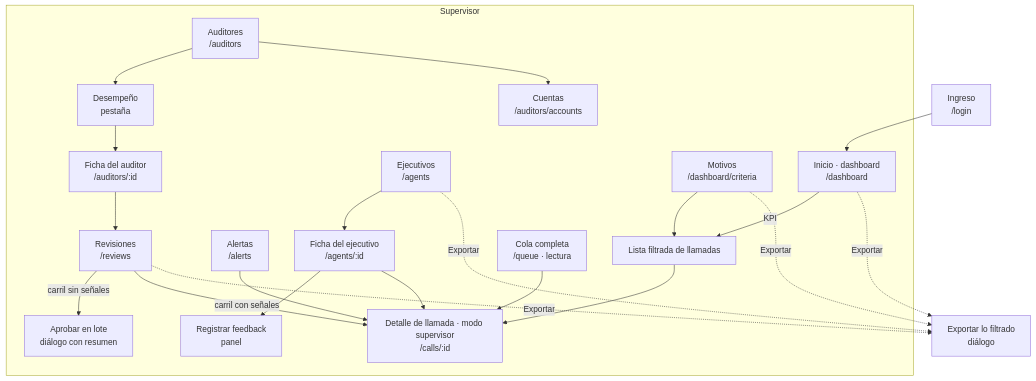
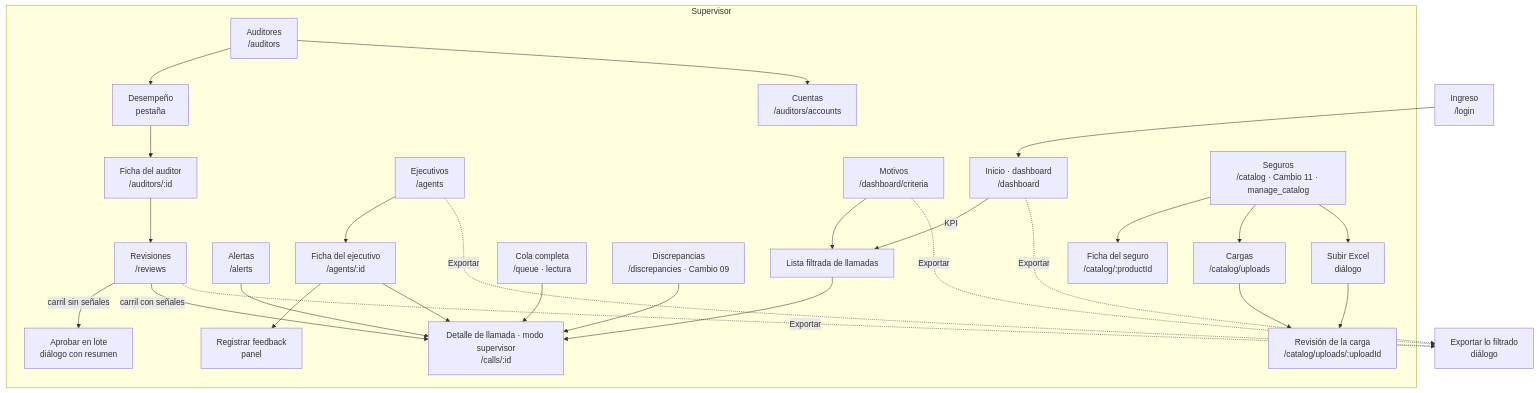
The second of 2 diagrams in docs/ux/call-audit/03-arquitectura-informacion.md (JRothkegel-QEnergy/Call-audit), drawn with Mermaid before and after one commit. The commit also changed other lines of this file and 5 other files, not shown here.

Commit message:
docs(ux): Cambio 11 · catálogo de seguros versionado (aprobado)

````diff
--- a/docs/ux/call-audit/03-arquitectura-informacion.md
+++ b/docs/ux/call-audit/03-arquitectura-informacion.md
@@ -147,25 +147,30 @@
 ```mermaid
 flowchart TD
   L[Ingreso<br/>/login] --> H
   subgraph Supervisor
     H[Inicio · dashboard<br/>/dashboard] -->|KPI| LST[Lista filtrada de llamadas]
     A[Alertas<br/>/alerts] --> D
     R[Revisiones<br/>/reviews] -->|carril sin señales| B[Aprobar en lote<br/>diálogo con resumen]
     R -->|carril con señales| D
     E[Ejecutivos<br/>/agents] --> EF[Ficha del ejecutivo<br/>/agents/:id]
     EF --> FB[Registrar feedback<br/>panel]
     EF --> D
     MO[Motivos<br/>/dashboard/criteria] --> LST
     AU[Auditores<br/>/auditors] --> AUD[Desempeño<br/>pestaña]
     AU --> CU[Cuentas<br/>/auditors/accounts]
     AUD --> AF[Ficha del auditor<br/>/auditors/:id]
     AF --> R
     CQ[Cola completa<br/>/queue · lectura] --> D
     LST --> D
     D[Detalle de llamada · modo supervisor<br/>/calls/:id]
+    DI[Discrepancias<br/>/discrepancies · Cambio 09] --> D
+    SG[Seguros<br/>/catalog · Cambio 11 · manage_catalog] --> SGF[Ficha del seguro<br/>/catalog/:productId]
+    SG --> SGC[Cargas<br/>/catalog/uploads]
+    SG --> SGU[Subir Excel<br/>diálogo] --> SGR[Revisión de la carga<br/>/catalog/uploads/:uploadId]
+    SGC --> SGR
   end
   H -. Exportar .-> EX[Exportar lo filtrado<br/>diálogo]
   E -. Exportar .-> EX
   R -. Exportar .-> EX
   MO -. Exportar .-> EX
 ```
````
